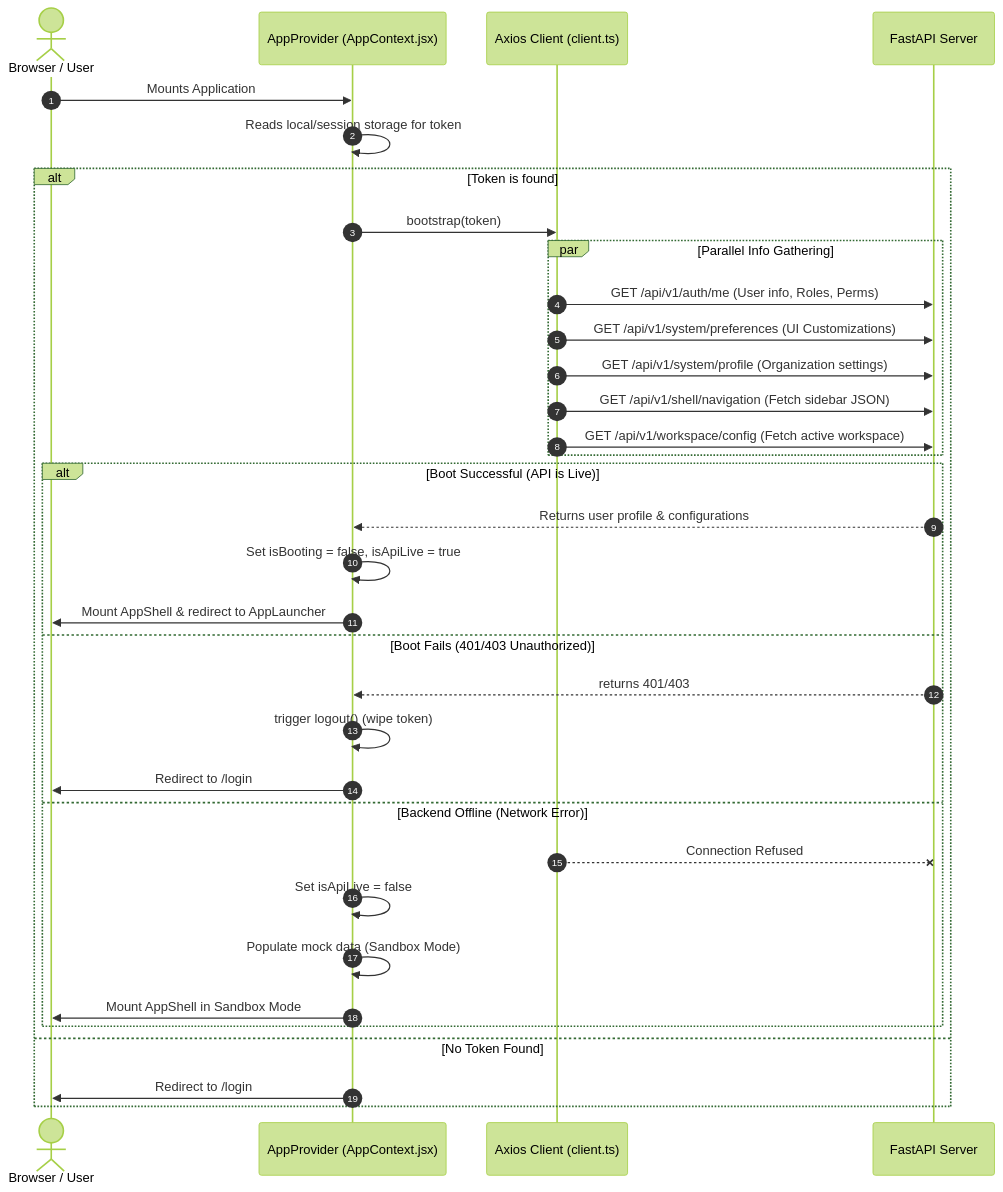
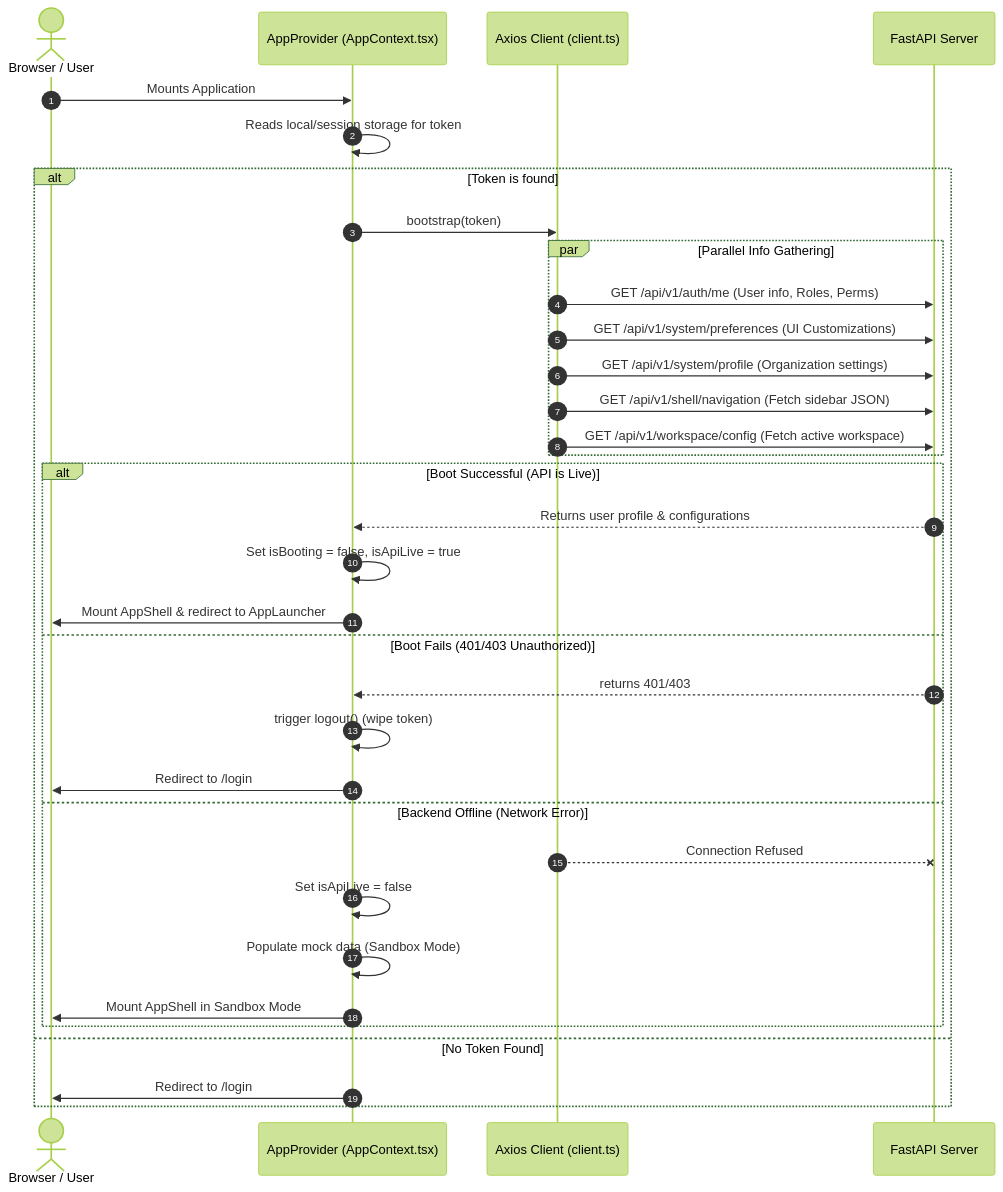
One commit to bcoredigitalservices-oss/b-core_nexus changed the first of 4 diagrams in frontend/documentation/frontend_workflow.md. Above: the diagram before and after it, drawn with Mermaid (forest theme). The commit also changed other lines of this file and 135 other files, not shown here.

````diff
--- a/frontend/documentation/frontend_workflow.md
+++ b/frontend/documentation/frontend_workflow.md
@@ -13,37 +13,37 @@
 ```mermaid
 sequenceDiagram
     autonumber
     actor User as Browser / User
-    participant Provider as AppProvider (AppContext.jsx)
+    participant Provider as AppProvider (AppContext.tsx)
     participant API as Axios Client (client.ts)
     participant Backend as FastAPI Server
 
     User->>Provider: Mounts Application
     Provider->>Provider: Reads local/session storage for token
     alt Token is found
         Provider->>API: bootstrap(token)
         par Parallel Info Gathering
             API->>Backend: GET /api/v1/auth/me (User info, Roles, Perms)
             API->>Backend: GET /api/v1/system/preferences (UI Customizations)
             API->>Backend: GET /api/v1/system/profile (Organization settings)
             API->>Backend: GET /api/v1/shell/navigation (Fetch sidebar JSON)
             API->>Backend: GET /api/v1/workspace/config (Fetch active workspace)
         end
         alt Boot Successful (API is Live)
             Backend-->>Provider: Returns user profile & configurations
             Provider->>Provider: Set isBooting = false, isApiLive = true
             Provider->>User: Mount AppShell & redirect to AppLauncher
         else Boot Fails (401/403 Unauthorized)
             Backend-->>Provider: returns 401/403
             Provider->>Provider: trigger logout() (wipe token)
             Provider->>User: Redirect to /login
         else Backend Offline (Network Error)
             API--xBackend: Connection Refused
             Provider->>Provider: Set isApiLive = false
             Provider->>Provider: Populate mock data (Sandbox Mode)
             Provider->>User: Mount AppShell in Sandbox Mode
         end
     else No Token Found
         Provider->>User: Redirect to /login
     end
 ```
````
